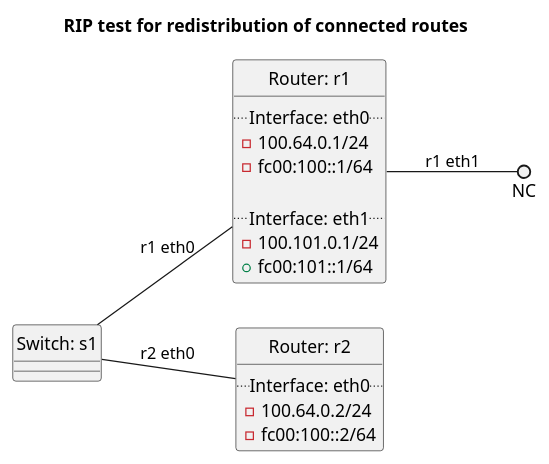
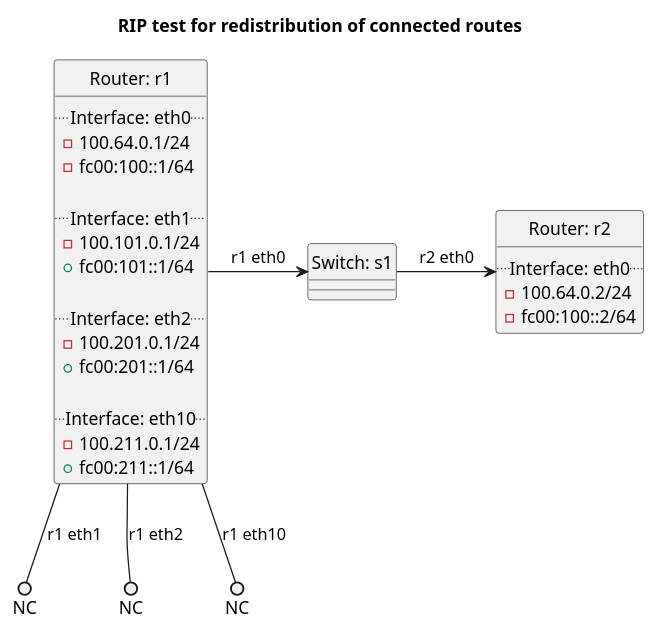
Before and after one commit to oscdev-io/birdplan: the diagram in tests/t20_rip/t30_redistribute_connected/README.md, drawn with PlantUML. The commit also changed other lines of this file and 327 other files, not shown here.

````diff
--- a/tests/t20_rip/t30_redistribute_connected/README.md
+++ b/tests/t20_rip/t30_redistribute_connected/README.md
@@ -6,35 +23,44 @@
 ```plantuml
 @startuml
 hide circle
 title RIP test for redistribution of connected routes
-left to right direction
 
 
 class "Router: r1" {
   .. Interface: eth0 ..
 - 100.64.0.1/24
 - fc00:100::1/64
 
   .. Interface: eth1 ..
 - 100.101.0.1/24
 + fc00:101::1/64
+
+  .. Interface: eth2 ..
+- 100.201.0.1/24
++ fc00:201::1/64
+
+  .. Interface: eth10 ..
+- 100.211.0.1/24
++ fc00:211::1/64
 }
 
 
 class "Router: r2" {
   .. Interface: eth0 ..
 - 100.64.0.2/24
 - fc00:100::2/64
 }
 
 
 
 class "Switch: s1" {}
 
 
-"Switch: s1" -- "Router: r1": r1 eth0
-"Switch: s1" -- "Router: r2": r2 eth0
+"Router: r1" -> "Switch: s1": r1 eth0
+"Switch: s1" -> "Router: r2": r2 eth0
 "Router: r1" --() NC: r1 eth1
+"Router: r1" --() NC: r1 eth2
+"Router: r1" --() NC: r1 eth10
 
 @enduml
 ```
````
